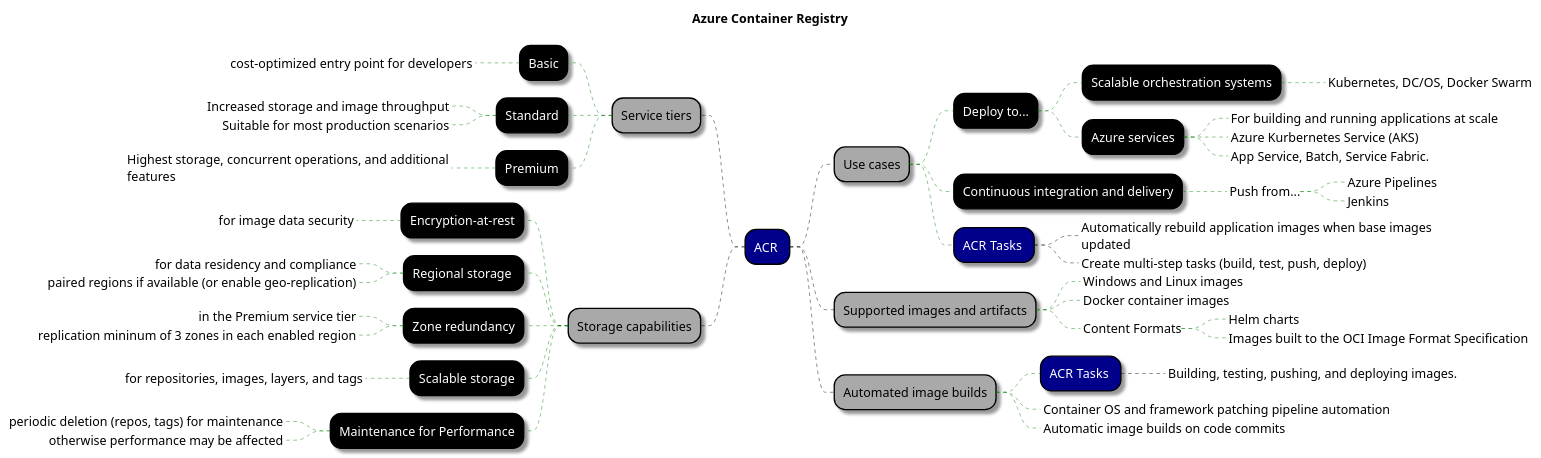
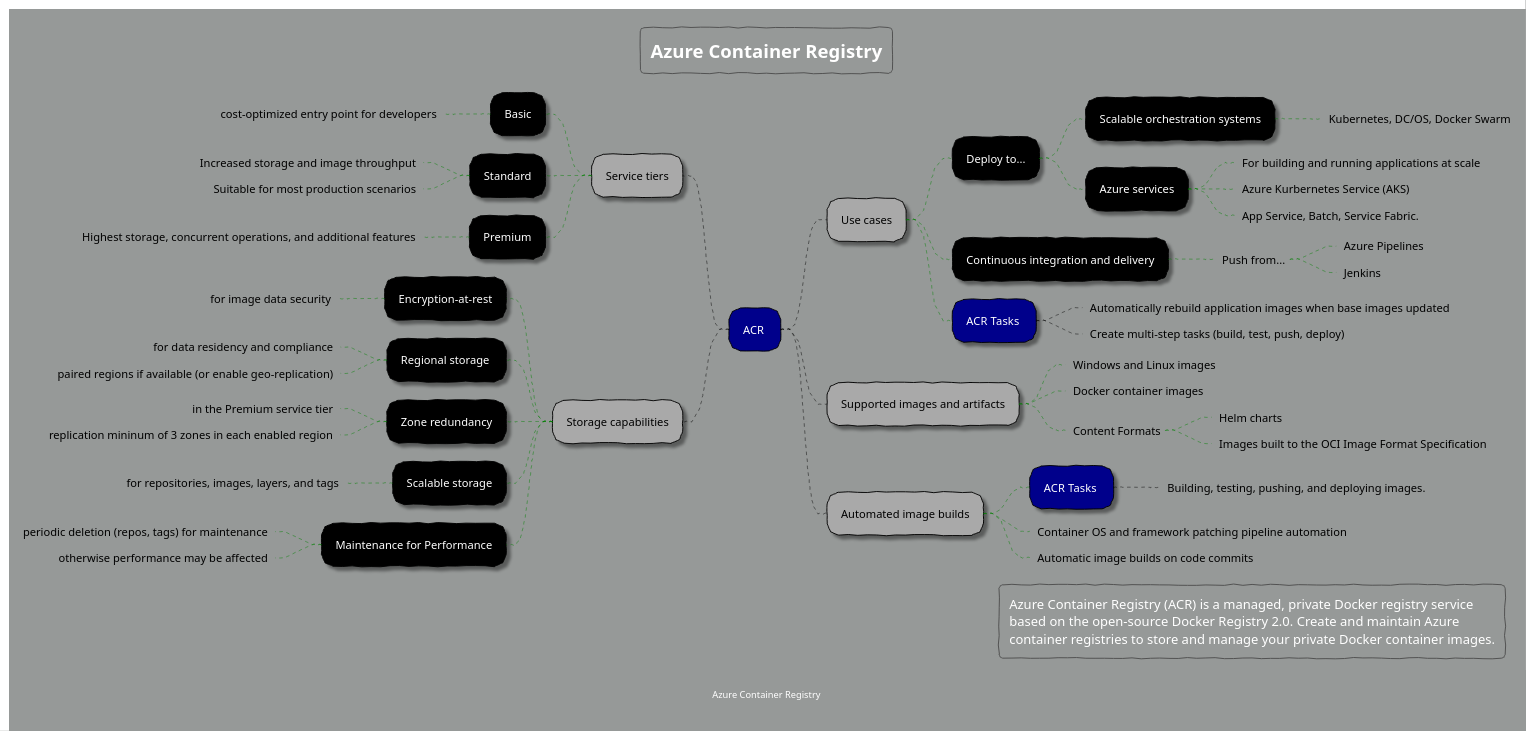
One commit to rob-bl8ke/Az204-Containerization changed the diagram in Notes/Diagrams/ContainerRegistry/container-registry.plantuml. Above: the diagram before and after it, drawn with PlantUML. The commit also changed 7 other files, not shown here.

```diff
--- a/Notes/Diagrams/ContainerRegistry/container-registry.plantuml
+++ b/Notes/Diagrams/ContainerRegistry/container-registry.plantuml
@@ -1,98 +1,110 @@
 @startmindmap "Azure Container Registry"
 
+
+' https://plantuml.com/theme
+!theme sketchy
+skinparam backgroundColor #969998
+
 title Azure Container Registry
+footer Azure Container Registry
 
 <style>
     mindMapDiagram {
         .root {
             BackgroundColor darkblue
             LineColor black
             FontColor white
         }
 
         node {
             FontColor white
             LineColor black
             BackgroundColor black
             Shadowing 2.0
             RoundCorner 25
         }
         :depth(0) {
             FontColor black
             LineColor white
             BackgroundColor white
             Shadowing 0.0
         }
         :depth(1) {
             FontColor black
             BackgroundColor darkgrey
             Shadowing 2.0
         }
 
         arrow {
             LineStyle 4
             LineThickness 0.5
             LineColor green
         }
 
         boxless {
             FontColor black
             Margin 10
             Padding 10
             MaximumWidth 400
         }
     }
 </style>
 
 + ACR <<root>>
 ++ Use cases
 +++ Deploy to...
 ++++ Scalable orchestration systems
 +++++_ Kubernetes, DC/OS, Docker Swarm
 ++++ Azure services
 +++++_ For building and running applications at scale
 +++++_ Azure Kurbernetes Service (AKS)
 +++++_ App Service, Batch, Service Fabric.
 +++ Continuous integration and delivery
 ++++_ Push from...
 +++++_ Azure Pipelines
 +++++_ Jenkins
 +++ ACR Tasks <<root>>
 ++++_ Automatically rebuild application images when base images updated
 ++++_ Create multi-step tasks (build, test, push, deploy)
 -- Service tiers
 --- Basic
 ----_ cost-optimized entry point for developers
 --- Standard
 ----_ Increased storage and image throughput
 ----_ Suitable for most production scenarios
 --- Premium
 ----_ Highest storage, concurrent operations, and additional features
 
 ++ Supported images and artifacts
 +++_ Windows and Linux images
 +++_ Docker container images
 +++_ Content Formats
 ++++_ Helm charts
 ++++_ Images built to the OCI Image Format Specification
 ++ Automated image builds
 +++ ACR Tasks <<root>>
 ++++_ Building, testing, pushing, and deploying images.
 +++_ Container OS and framework patching pipeline automation
 +++_ Automatic image builds on code commits
 -- Storage capabilities
 --- Encryption-at-rest
 ----_ for image data security
 --- Regional storage 
 ----_ for data residency and compliance
 ----_ paired regions if available (or enable geo-replication)
 --- Zone redundancy
 ----_ in the Premium service tier
 ----_ replication mininum of 3 zones in each enabled region
 --- Scalable storage
 ----_ for repositories, images, layers, and tags
 --- Maintenance for Performance
 ----_ periodic deletion (repos, tags) for maintenance
 ----_ otherwise performance may be affected
 
+legend right
+Azure Container Registry (ACR) is a managed, private Docker registry service
+based on the open-source Docker Registry 2.0. Create and maintain Azure 
+container registries to store and manage your private Docker container images.
+endlegend
+
 @endmindmap
```
